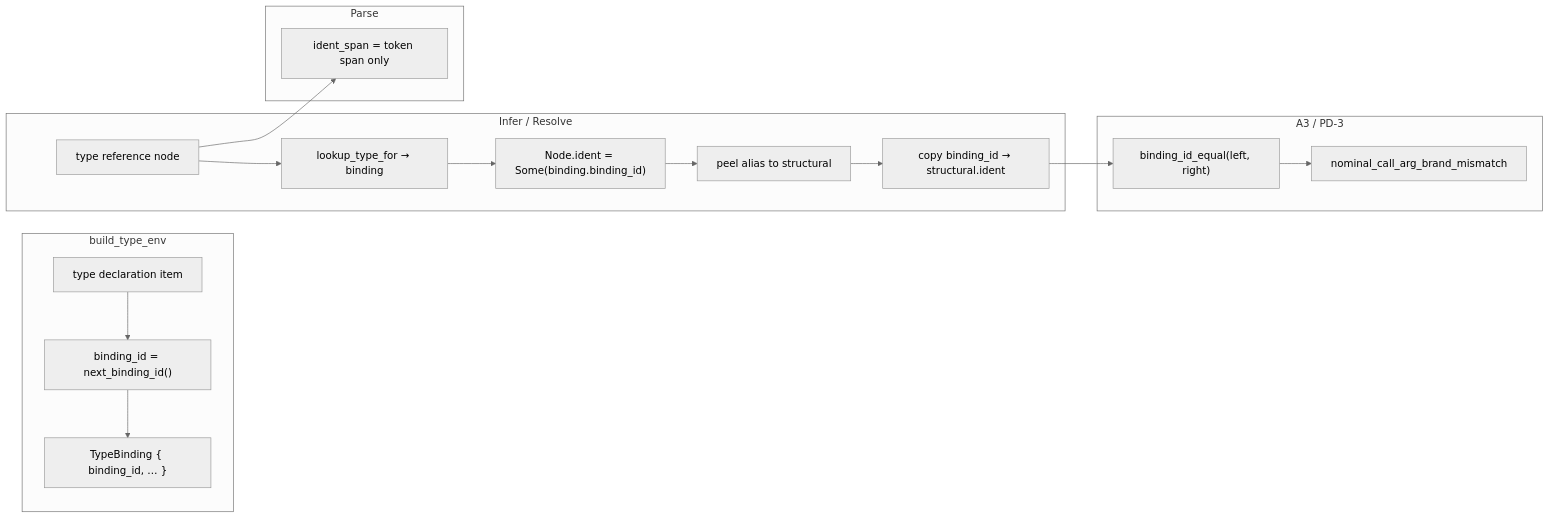
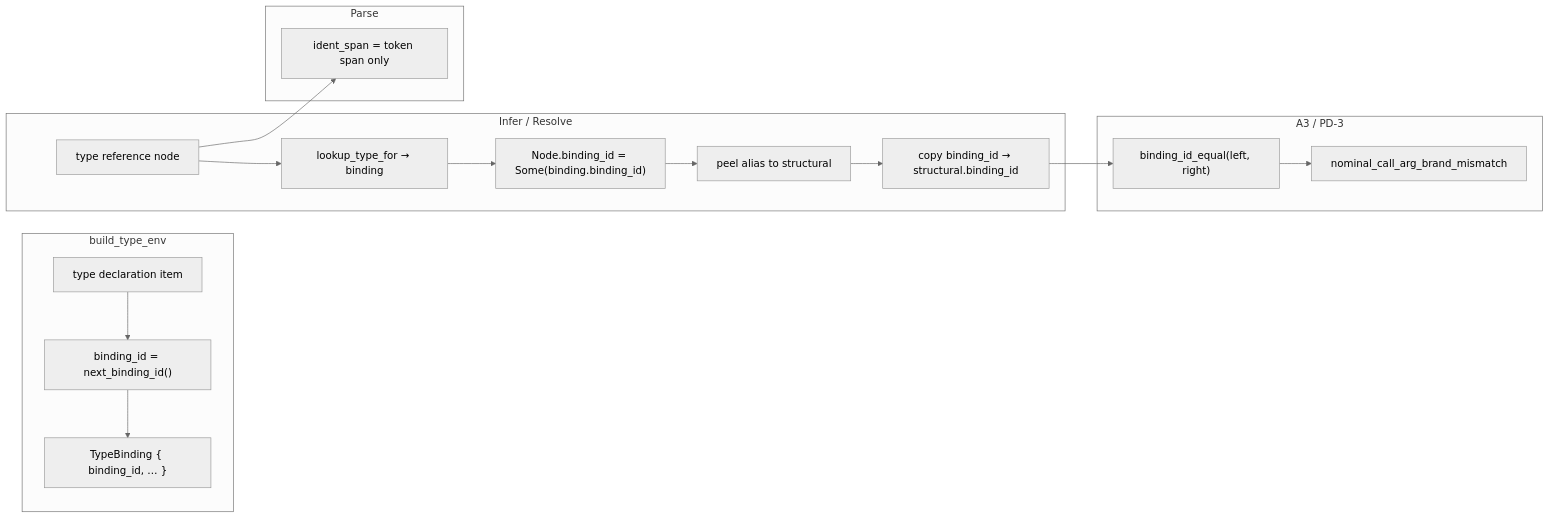
Before and after one commit to gunb-ai/gunbc: the diagram in docs/planning/brand-identity-side-channel-a3-pd3-design-2026-06-09.md, drawn with Mermaid (neutral theme). The commit also changed other lines of this file, not shown here.

First line of the commit message:
fix(docs): separate Node.binding_id from spelling-key Node.ident

````diff
--- a/docs/planning/brand-identity-side-channel-a3-pd3-design-2026-06-09.md
+++ b/docs/planning/brand-identity-side-channel-a3-pd3-design-2026-06-09.md
@@ -156,23 +172,23 @@
 ```mermaid
 flowchart LR
   subgraph env_bind [build_type_env]
     DECL[type declaration item] --> ASSIGN["binding_id = next_binding_id()"]
     ASSIGN --> TB["TypeBinding { binding_id, … }"]
   end
 
   subgraph infer_resolve [Infer / Resolve]
     REF[type reference node] --> LOOKUP[lookup_type_for → binding]
-    LOOKUP --> STAMP["Node.ident = Some(binding.binding_id)"]
+    LOOKUP --> STAMP["Node.binding_id = Some(binding.binding_id)"]
     STAMP --> PEEL[peel alias to structural]
-    PEEL --> PRESERVE["copy binding_id → structural.ident"]
+    PEEL --> PRESERVE["copy binding_id → structural.binding_id"]
   end
 
   subgraph parse [Parse]
     REF --> SPAN["ident_span = token span only"]
   end
 
   subgraph compare [A3 / PD-3]
     PRESERVE --> CMP["binding_id_equal(left, right)"]
     CMP --> REJECT["nominal_call_arg_brand_mismatch"]
   end
 ```
````
